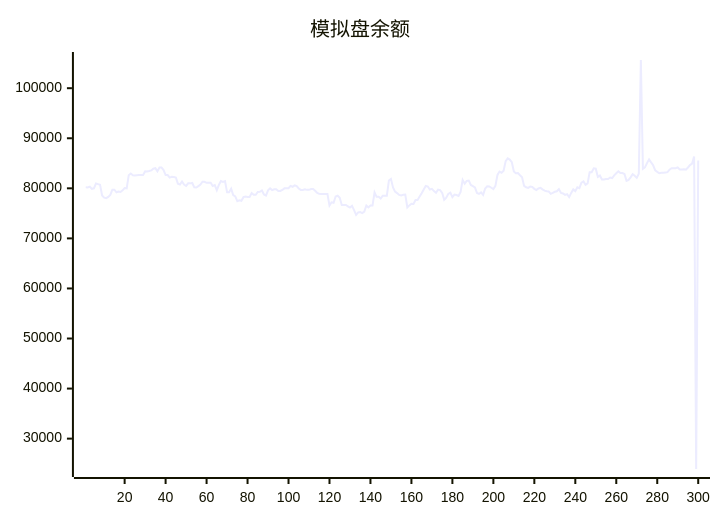
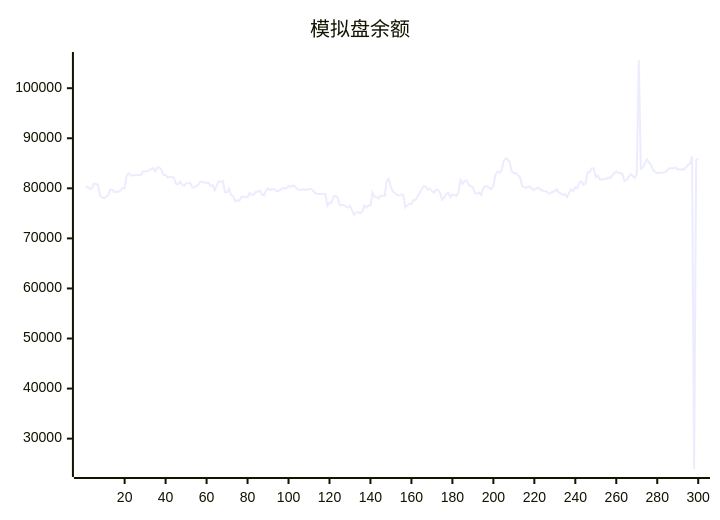
One commit to aahl/ai-trading changed the diagram in README.md. Above: the diagram before and after it, drawn with Mermaid. The commit also changed other lines of this file and 1 other file, not shown here.

````diff
--- a/README.md
+++ b/README.md
@@ -5,5 +5,5 @@
 ```mermaid
 xychart
     title "模拟盘余额"
-    line [80208,80170,80336,79894,80006,80954,80837,80712,78561,78139,78037,78293,78682,79720,79720,79214,79372,79279,79591,80046,79993,82625,82950,82626,82571,82633,82670,82670,82681,83386,83378,83464,83579,83920,84037,83402,84160,84142,83652,82655,82655,82145,82315,82243,82163,80934,80770,81371,80742,80468,80989,80989,81067,80191,80155,80450,80737,81309,81309,81106,81119,81119,80471,80631,79624,80670,81448,81290,81429,79212,79222,79940,78643,78380,77432,77623,77504,78235,78358,78284,78277,79048,78714,78714,79290,79308,79567,78763,78563,79603,79988,79652,79813,79813,79476,79469,79673,79995,80015,80015,80486,80314,80600,80436,79966,79689,79689,79819,79692,79692,79850,79850,79518,79071,78889,78850,78850,78878,78878,76554,77202,77103,78357,78510,78106,76678,76677,76672,76411,76159,76485,75656,74695,75197,75246,75052,75334,76564,76179,76553,76551,79196,78300,78300,77944,78531,78531,78521,81564,81884,80160,79335,79055,78675,78580,78708,78764,76179,76586,76902,76876,77658,77669,78346,79023,79769,80497,80366,79761,79896,79448,79126,79749,79658,79097,77695,78114,78888,79126,78249,78738,78653,78478,79271,81680,80923,81488,81527,80681,80455,80190,79084,78879,79193,78686,79954,80403,80374,80118,79848,80491,82665,83351,83098,83525,85430,85983,85737,85221,83378,83014,83043,82613,82216,80477,80208,80081,80348,80277,79894,79670,79965,80093,79786,79542,79406,79371,78893,79087,79304,79406,79841,79072,78978,78696,78846,78272,79085,79787,79442,80198,80031,81120,81379,80718,80985,83214,83212,83993,83921,82270,82547,81776,81776,81866,81866,82158,82061,82596,83000,83408,83041,83050,82858,81503,81691,82188,82812,82517,82092,82901,105633,83898,84180,85030,85781,85178,84604,83569,83298,83008,83093,83107,83175,83228,83729,84025,84017,84019,84177,83775,83762,83785,83738,84160,84639,84939,86370,23934,85548]
+    line [80170,80336,79894,80006,80954,80837,80712,78561,78139,78037,78293,78682,79720,79720,79214,79372,79279,79591,80046,79993,82625,82950,82626,82571,82633,82670,82670,82681,83386,83378,83464,83579,83920,84037,83402,84160,84142,83652,82655,82655,82145,82315,82243,82163,80934,80770,81371,80742,80468,80989,80989,81067,80191,80155,80450,80737,81309,81309,81106,81119,81119,80471,80631,79624,80670,81448,81290,81429,79212,79222,79940,78643,78380,77432,77623,77504,78235,78358,78284,78277,79048,78714,78714,79290,79308,79567,78763,78563,79603,79988,79652,79813,79813,79476,79469,79673,79995,80015,80015,80486,80314,80600,80436,79966,79689,79689,79819,79692,79692,79850,79850,79518,79071,78889,78850,78850,78878,78878,76554,77202,77103,78357,78510,78106,76678,76677,76672,76411,76159,76485,75656,74695,75197,75246,75052,75334,76564,76179,76553,76551,79196,78300,78300,77944,78531,78531,78521,81564,81884,80160,79335,79055,78675,78580,78708,78764,76179,76586,76902,76876,77658,77669,78346,79023,79769,80497,80366,79761,79896,79448,79126,79749,79658,79097,77695,78114,78888,79126,78249,78738,78653,78478,79271,81680,80923,81488,81527,80681,80455,80190,79084,78879,79193,78686,79954,80403,80374,80118,79848,80491,82665,83351,83098,83525,85430,85983,85737,85221,83378,83014,83043,82613,82216,80477,80208,80081,80348,80277,79894,79670,79965,80093,79786,79542,79406,79371,78893,79087,79304,79406,79841,79072,78978,78696,78846,78272,79085,79787,79442,80198,80031,81120,81379,80718,80985,83214,83212,83993,83921,82270,82547,81776,81776,81866,81866,82158,82061,82596,83000,83408,83041,83050,82858,81503,81691,82188,82812,82517,82092,82901,105633,83898,84180,85030,85781,85178,84604,83569,83298,83008,83093,83107,83175,83228,83729,84025,84017,84019,84177,83775,83762,83785,83738,84160,84639,84939,86370,23934,85548,86046]
 ```
````
